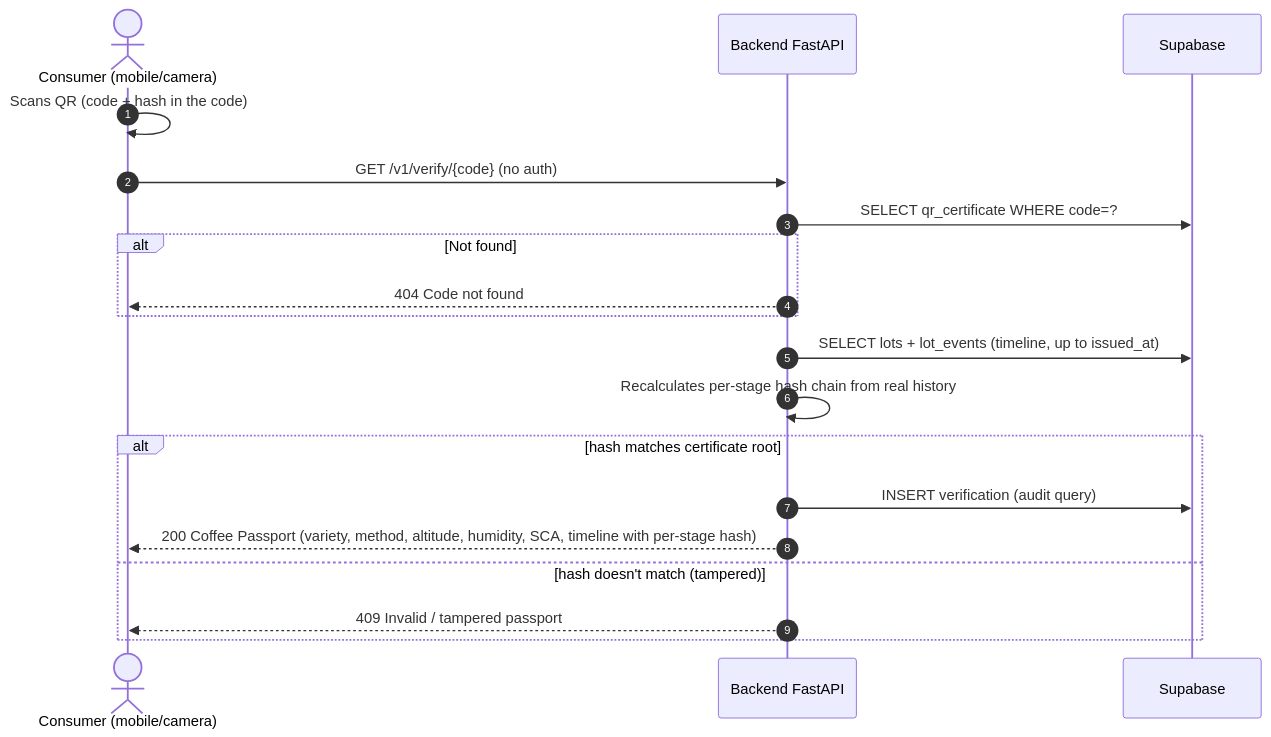
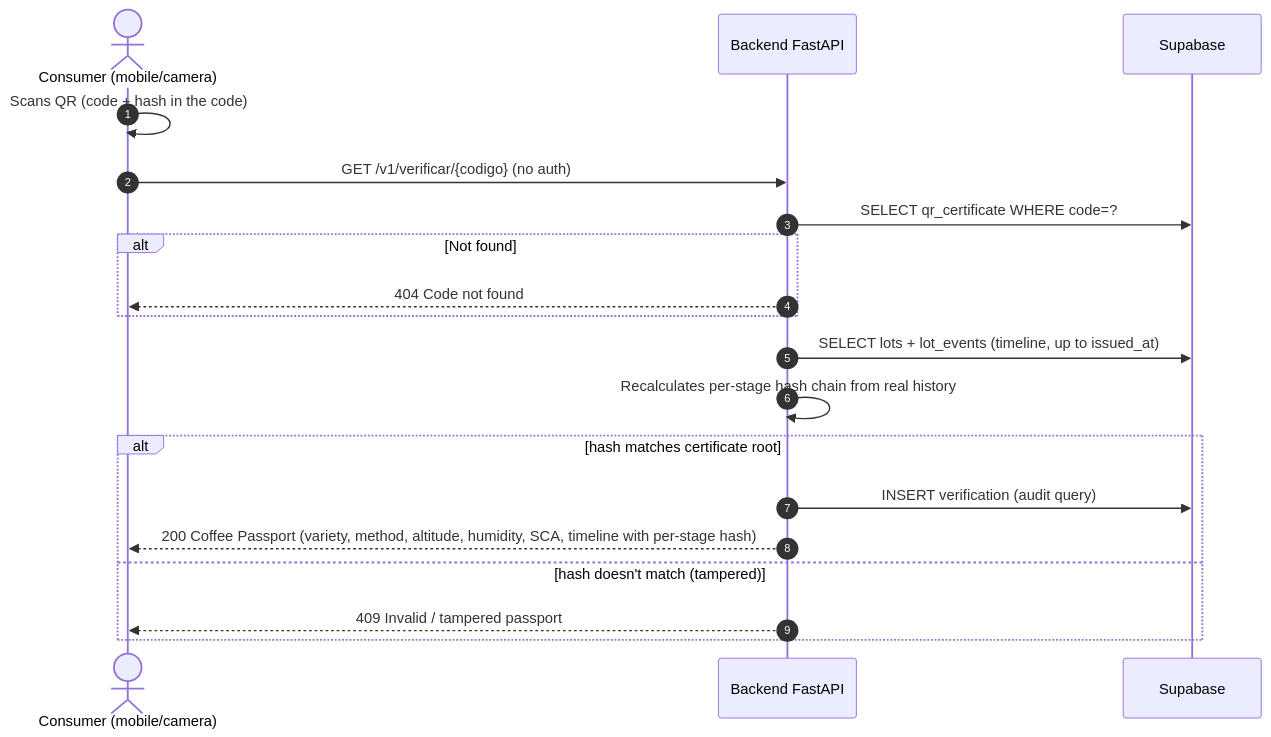
The ninth of 11 diagrams in docs/ARCHITECTURE.en.md (FerLpz55/BeanTrust), drawn with Mermaid before and after one commit. The commit also changed other lines of this file and 9 other files, not shown here.

````diff
--- a/docs/ARCHITECTURE.en.md
+++ b/docs/ARCHITECTURE.en.md
@@ -925,22 +975,22 @@
 ```mermaid
 sequenceDiagram
     autonumber
     actor C as Consumer (mobile/camera)
     participant API as Backend FastAPI
     participant DB as Supabase
 
     C->>C: Scans QR (code + hash in the code)
-    C->>API: GET /v1/verify/{code} (no auth)
+    C->>API: GET /v1/verificar/{codigo} (no auth)
     API->>DB: SELECT qr_certificate WHERE code=?
     alt Not found
         API-->>C: 404 Code not found
     end
     API->>DB: SELECT lots + lot_events (timeline, up to issued_at)
     API->>API: Recalculates per-stage hash chain from real history
     alt hash matches certificate root
         API->>DB: INSERT verification (audit query)
         API-->>C: 200 Coffee Passport (variety, method, altitude, humidity, SCA, timeline with per-stage hash)
     else hash doesn't match (tampered)
         API-->>C: 409 Invalid / tampered passport
     end
 ```
````
